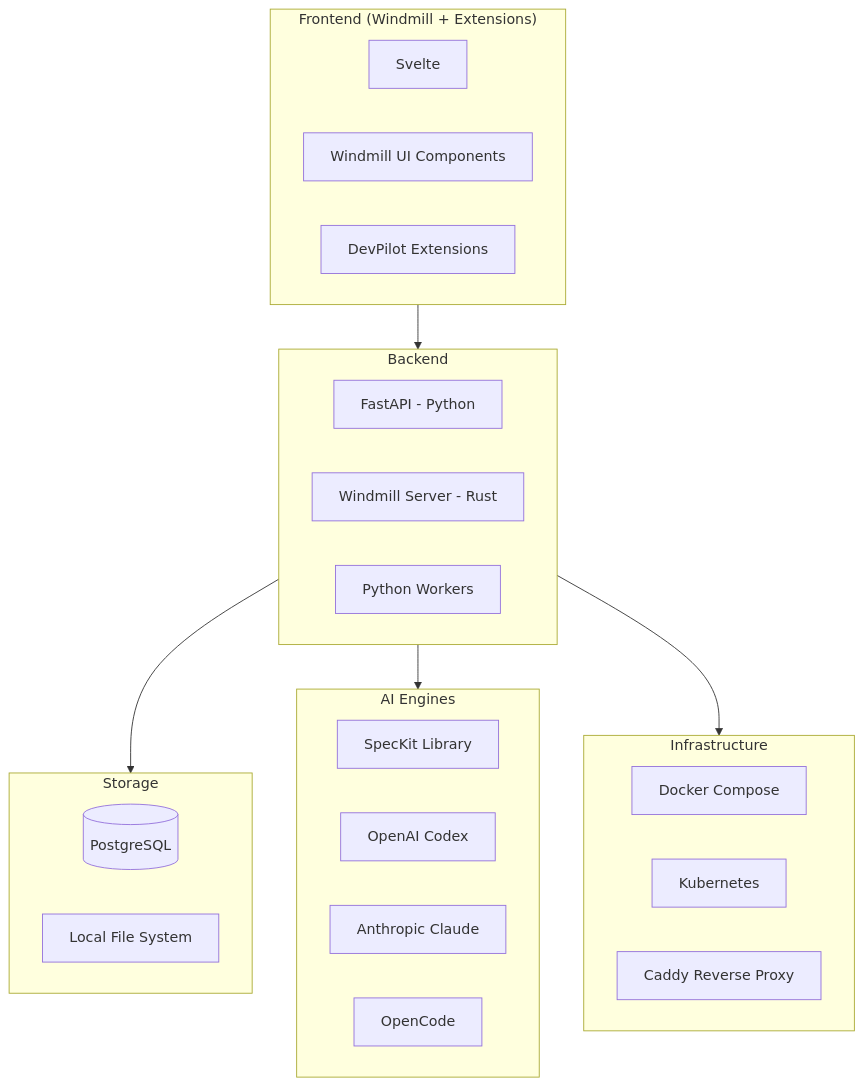
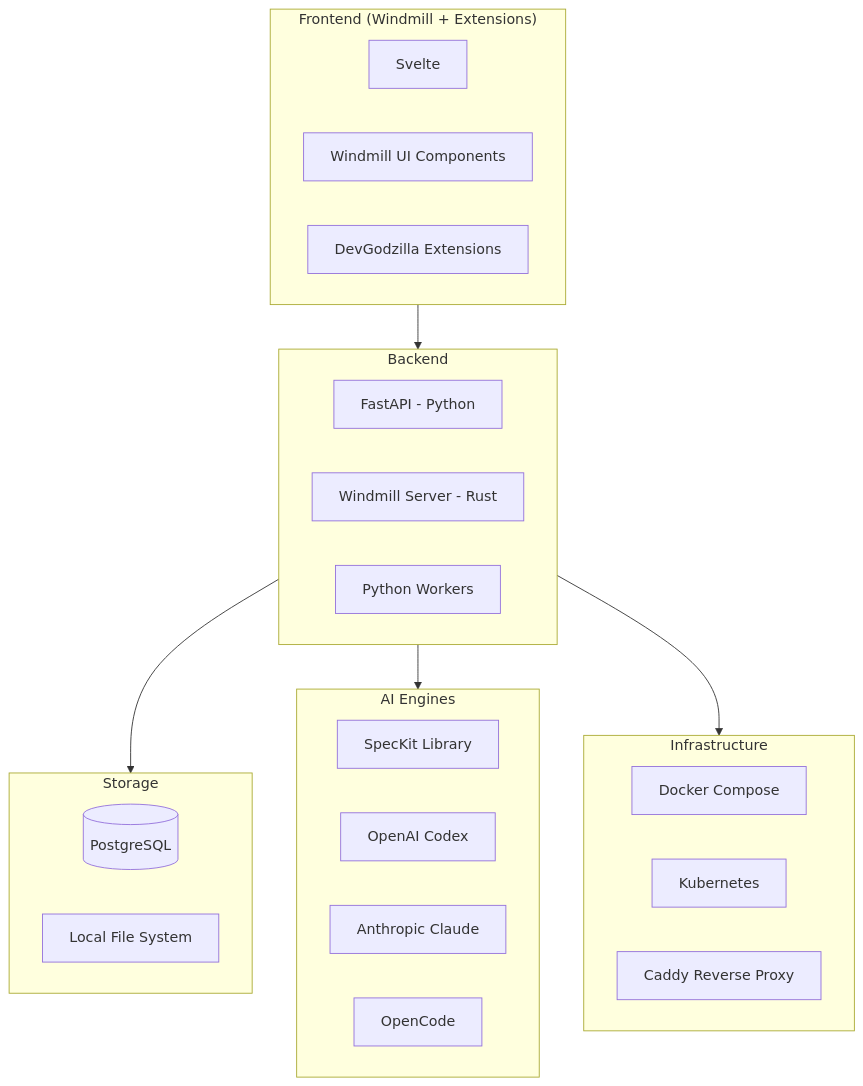
One commit to SergeySdv/dev-pipeline changed diagram 13 of 13 in docs/newTasksGodzilla/ARCHITECTURE.md. Above: the diagram before and after it, drawn with Mermaid. The commit also changed other lines of this file and 8 other files, not shown here.

First line of the commit message:
Add comprehensive User Interface architecture documentation and subsystem index

````diff
--- a/docs/newTasksGodzilla/ARCHITECTURE.md
+++ b/docs/newTasksGodzilla/ARCHITECTURE.md
@@ -974,37 +974,37 @@
 ```mermaid
 graph TB
     subgraph Frontend["Frontend (Windmill + Extensions)"]
         Svelte[Svelte]
         WindmillUI[Windmill UI Components]
-        DevPilotExt[DevPilot Extensions]
+        DevGodzillaExt[DevGodzilla Extensions]
     end
 
     subgraph Backend["Backend"]
         FastAPI[FastAPI - Python]
         Windmill[Windmill Server - Rust]
         Workers[Python Workers]
     end
 
     subgraph Storage["Storage"]
         PostgreSQL[(PostgreSQL)]
         FileSystem[Local File System]
     end
 
     subgraph AIEngines["AI Engines"]
         SpecKit[SpecKit Library]
         Codex[OpenAI Codex]
         Claude[Anthropic Claude]
         OpenCode[OpenCode]
     end
 
     subgraph Infrastructure["Infrastructure"]
         Docker[Docker Compose]
         K8s[Kubernetes]
         Caddy[Caddy Reverse Proxy]
     end
 
     Frontend --> Backend
     Backend --> Storage
     Backend --> AIEngines
     Backend --> Infrastructure
 ```
````
